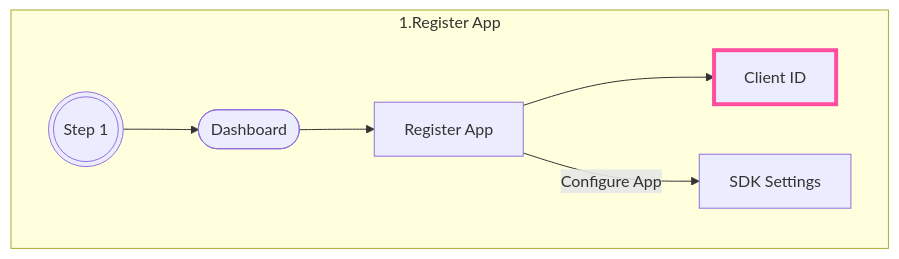
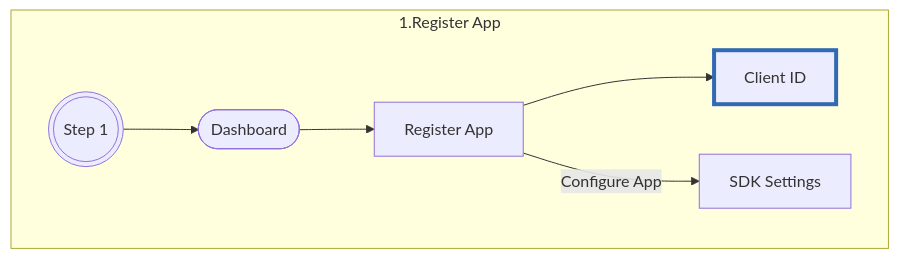
Before and after one commit to shaloo/docs.arcana: the first of 3 diagrams in docs/introduction/index.md, drawn with Mermaid. The commit also changed other lines of this file and 79 other files, not shown here.

````diff
--- a/docs/introduction/index.md
+++ b/docs/introduction/index.md
@@ -17,12 +17,12 @@
     ```mermaid
     flowchart LR
         subgraph Register [1.Register App]
         direction LR
           A0(((Step 1))) --> B0([Dashboard])
           B0 --> C0[Register App] --> E0[Client ID] 
           C0 -- Configure App --> D0[SDK Settings]   
         end
 
-    classDef an-pink stroke:#ff4e9f,stroke-width:0.25rem;
-    class E0 an-pink
+    classDef an-highlight stroke:#3169b3,stroke-width:0.25rem;
+    class E0 an-highlight
     ```
````
